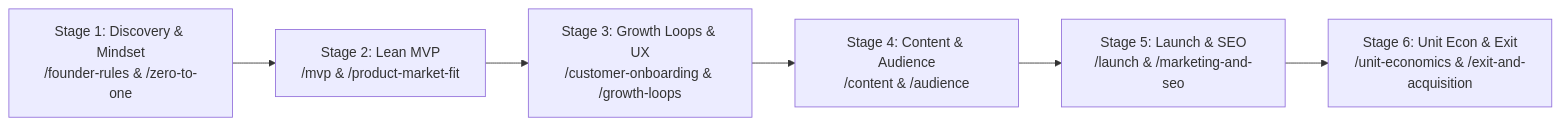
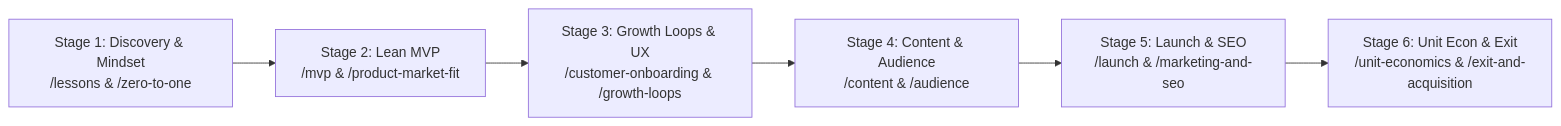
One commit to TheInPublic/buildinpublic changed the second of 2 diagrams in README.md. Above: the diagram before and after it, drawn with Mermaid. The commit also changed other lines of this file and 1 other file, not shown here.

Commit message:
refactor: rename folder founder-rules to lessons for minimalist consistency

````diff
--- a/README.md
+++ b/README.md
@@ -86,8 +86,8 @@
 ```mermaid
 flowchart LR
-    S1[Stage 1: Discovery & Mindset<br/>/founder-rules & /zero-to-one] --> S2[Stage 2: Lean MVP<br/>/mvp & /product-market-fit]
+    S1[Stage 1: Discovery & Mindset<br/>/lessons & /zero-to-one] --> S2[Stage 2: Lean MVP<br/>/mvp & /product-market-fit]
     S2 --> S3[Stage 3: Growth Loops & UX<br/>/customer-onboarding & /growth-loops]
     S3 --> S4[Stage 4: Content & Audience<br/>/content & /audience]
     S4 --> S5[Stage 5: Launch & SEO<br/>/launch & /marketing-and-seo]
     S5 --> S6[Stage 6: Unit Econ & Exit<br/>/unit-economics & /exit-and-acquisition]
 ```
````
